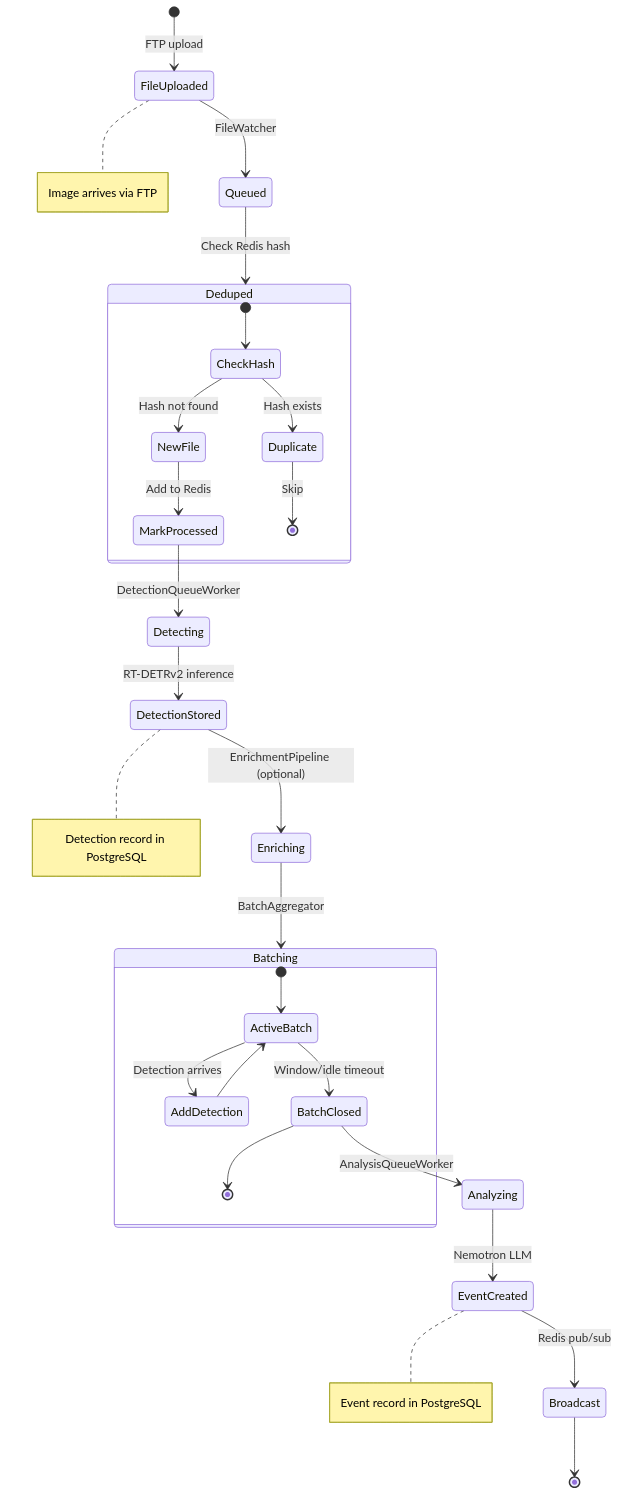
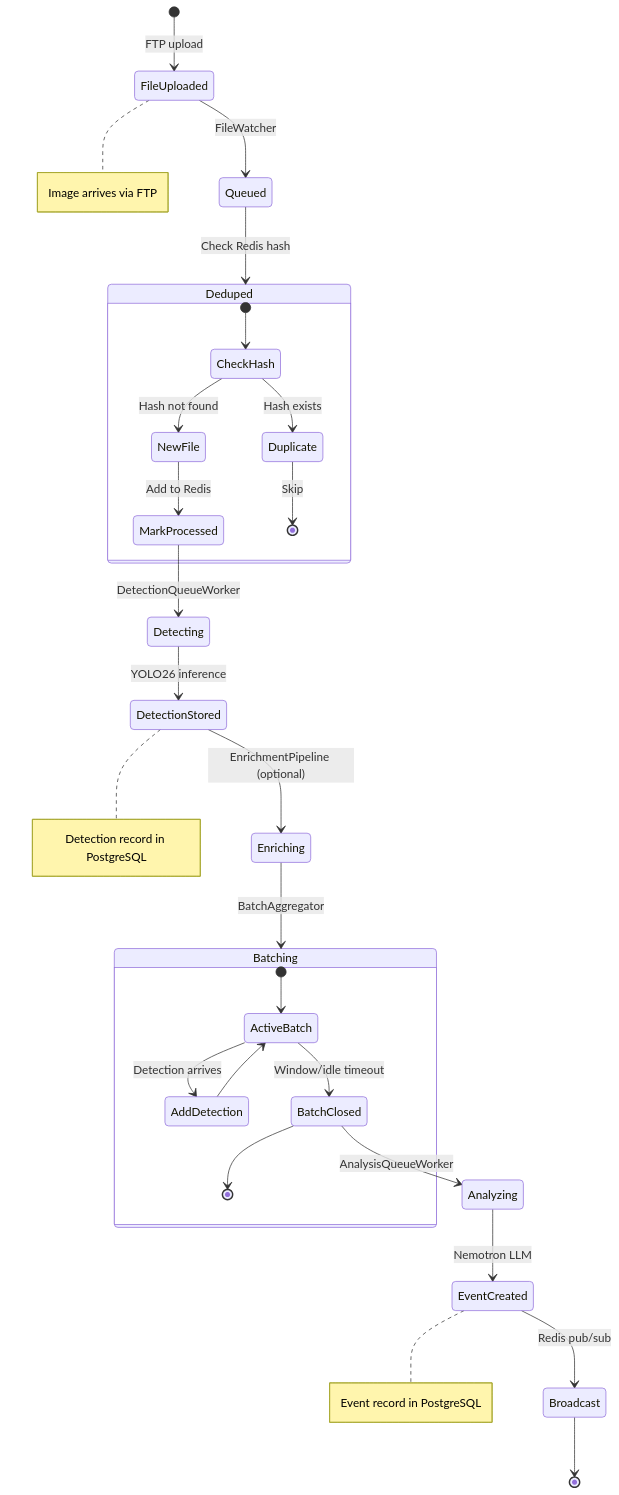
The third of 4 diagrams in docs/architecture/data-model.md (mikesvoboda/nemotron-v3-home-security-intelligence), drawn with Mermaid before and after one commit. The commit also changed other lines of this file and 474 other files, not shown here.

````diff
--- a/docs/architecture/data-model.md
+++ b/docs/architecture/data-model.md
@@ -1005,37 +1005,37 @@
 ```mermaid
 stateDiagram-v2
     [*] --> FileUploaded: FTP upload
 
     FileUploaded --> Queued: FileWatcher
     Queued --> Deduped: Check Redis hash
 
     state Deduped {
         [*] --> CheckHash
         CheckHash --> Duplicate: Hash exists
         CheckHash --> NewFile: Hash not found
         NewFile --> MarkProcessed: Add to Redis
         Duplicate --> [*]: Skip
     }
 
     MarkProcessed --> Detecting: DetectionQueueWorker
-    Detecting --> DetectionStored: RT-DETRv2 inference
+    Detecting --> DetectionStored: YOLO26 inference
     DetectionStored --> Enriching: EnrichmentPipeline (optional)
     Enriching --> Batching: BatchAggregator
 
     state Batching {
         [*] --> ActiveBatch
         ActiveBatch --> AddDetection: Detection arrives
         AddDetection --> ActiveBatch
         ActiveBatch --> BatchClosed: Window/idle timeout
         BatchClosed --> [*]
     }
 
     BatchClosed --> Analyzing: AnalysisQueueWorker
     Analyzing --> EventCreated: Nemotron LLM
     EventCreated --> Broadcast: Redis pub/sub
     Broadcast --> [*]
 
     note right of FileUploaded: Image arrives via FTP
     note right of DetectionStored: Detection record in PostgreSQL
     note right of EventCreated: Event record in PostgreSQL
 ```
````
